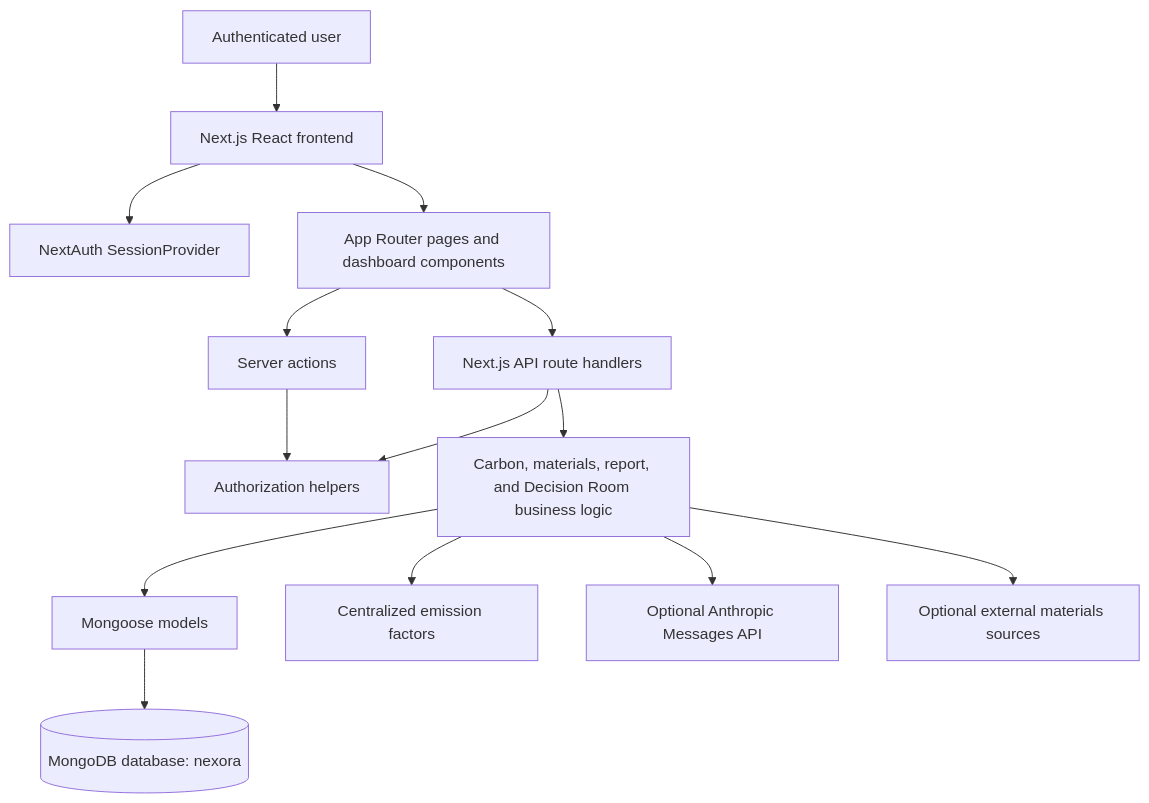
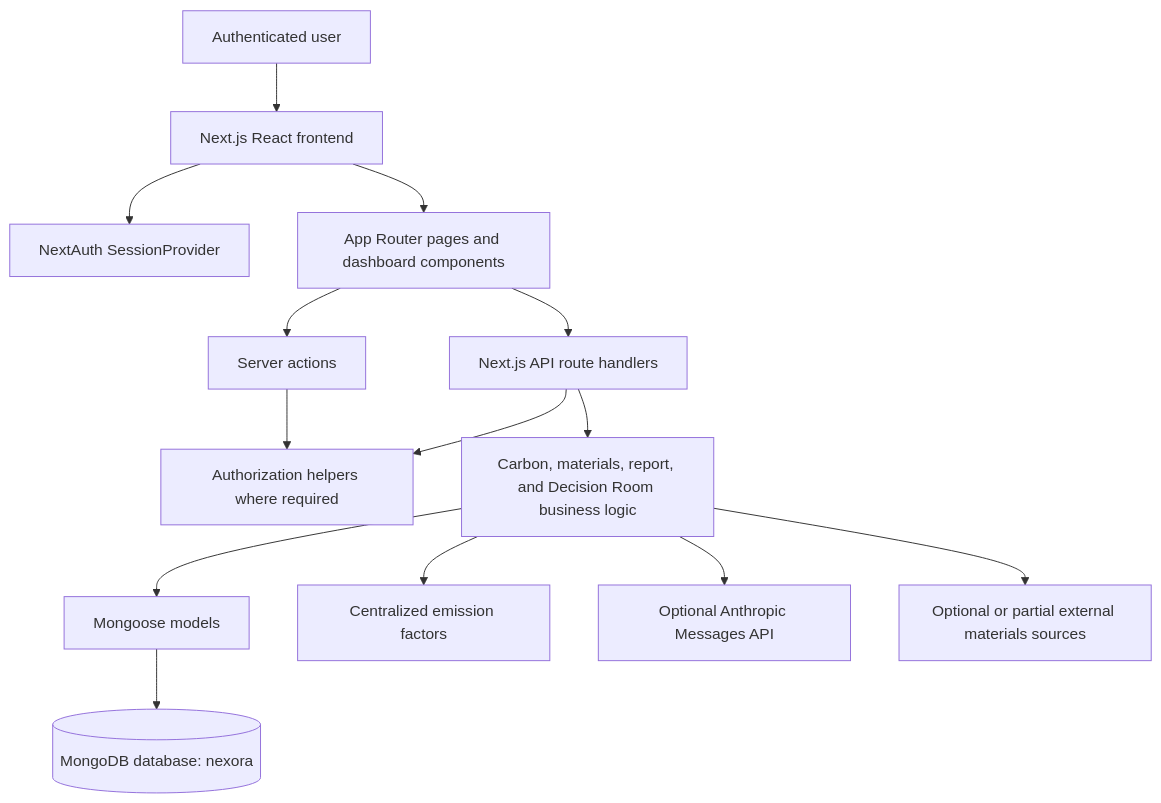
One commit to Onunga123/jengasafi-local changed the diagram in README.md. Above: the diagram before and after it, drawn with Mermaid. The commit also changed other lines of this file, not shown here.

````diff
--- a/README.md
+++ b/README.md
@@ -191,16 +154,16 @@
 ```mermaid
 flowchart TD
     U[Authenticated user] --> F[Next.js React frontend]
     F --> P[NextAuth SessionProvider]
     F --> R[App Router pages and dashboard components]
     R --> A[Next.js API route handlers]
     R --> S[Server actions]
-    A --> Z[Authorization helpers]
+    A --> Z[Authorization helpers where required]
     S --> Z
     A --> B[Carbon, materials, report, and Decision Room business logic]
     B --> M[Mongoose models]
     M --> DB[(MongoDB database: nexora)]
     B --> EF[Centralized emission factors]
     B --> AP[Optional Anthropic Messages API]
-    B --> EX[Optional external materials sources]
+    B --> EX[Optional or partial external materials sources]
 ```
````
